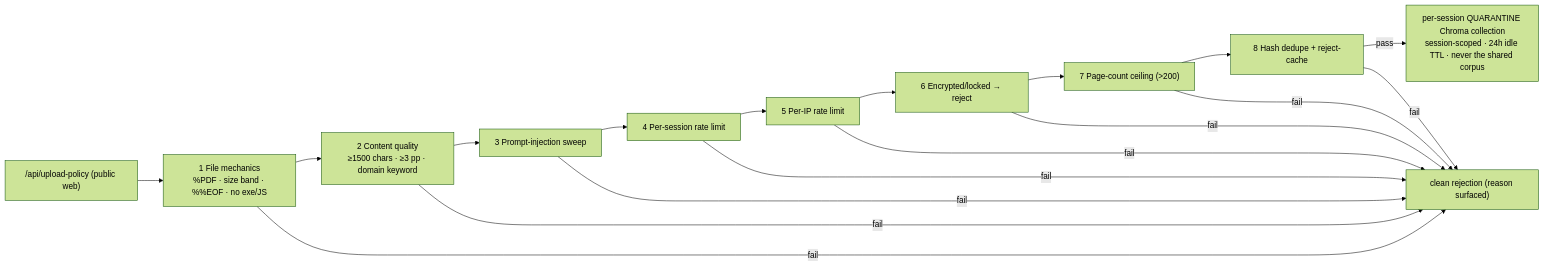
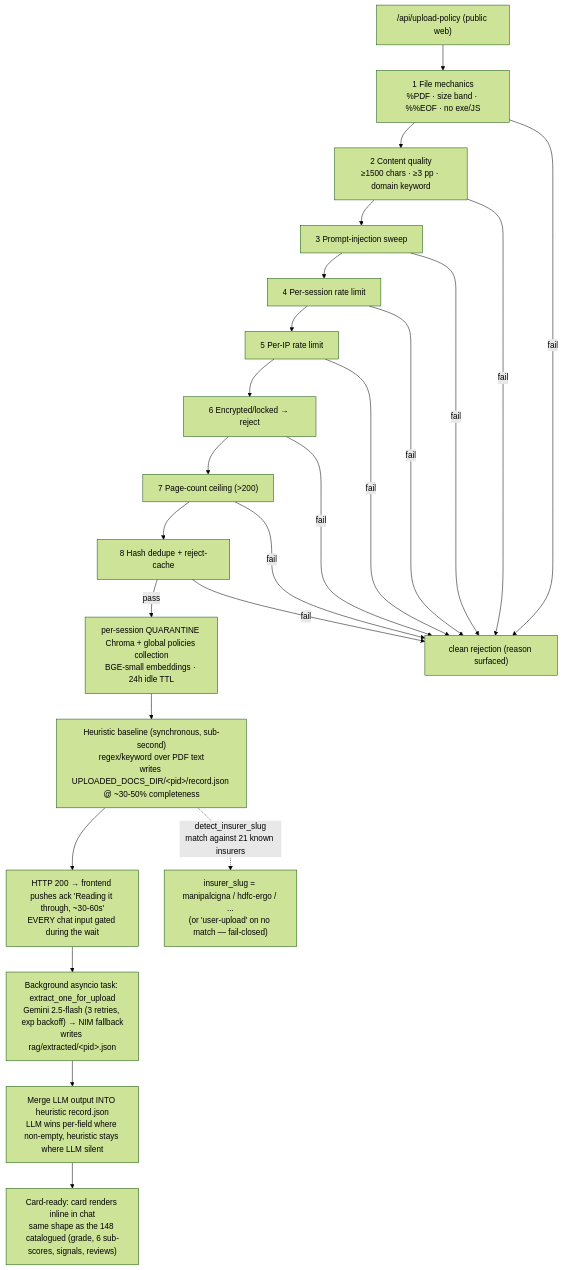
Before and after one commit to rohitsar567/insurance-sales-bot: the ninth of 16 diagrams in README.md, drawn with Mermaid (forest theme). The commit also changed other lines of this file and 2 other files, not shown here.

First line of the commit message:
chore: surface llm_used + llm_response_chars on extraction-status endpoint

````diff
--- a/README.md
+++ b/README.md
@@ -609,13 +609,19 @@
 ```mermaid
-flowchart LR
+flowchart TB
     UP["/api/upload-policy (public web)"] --> G1["1 File mechanics<br/>%PDF · size band · %%EOF · no exe/JS"]
     G1 --> G2["2 Content quality<br/>≥1500 chars · ≥3 pp · domain keyword"]
     G2 --> G3["3 Prompt-injection sweep"]
     G3 --> G4["4 Per-session rate limit"]
     G4 --> G5["5 Per-IP rate limit"]
     G5 --> G6["6 Encrypted/locked → reject"]
     G6 --> G7["7 Page-count ceiling (>200)"]
     G7 --> G8["8 Hash dedupe + reject-cache"]
-    G8 -->|"pass"| QC["per-session QUARANTINE Chroma collection<br/>session-scoped · 24h idle TTL · never the shared corpus"]
+    G8 -->|"pass"| QC["per-session QUARANTINE Chroma + global policies collection<br/>BGE-small embeddings · 24h idle TTL"]
+    QC --> HEUR["Heuristic baseline (synchronous, sub-second)<br/>regex/keyword over PDF text<br/>writes UPLOADED_DOCS_DIR/&lt;pid&gt;/record.json @ ~30-50% completeness"]
+    HEUR --> ACK["HTTP 200 → frontend pushes ack 'Reading it through, ~30-60s'<br/>EVERY chat input gated during the wait"]
+    HEUR -.->|"detect_insurer_slug<br/>match against 21 known insurers"| INS["insurer_slug = manipalcigna / hdfc-ergo / ...<br/>(or 'user-upload' on no match — fail-closed)"]
+    ACK --> LLM["Background asyncio task: extract_one_for_upload<br/>Gemini 2.5-flash (3 retries, exp backoff) → NIM fallback<br/>writes rag/extracted/&lt;pid&gt;.json"]
+    LLM --> MERGE["Merge LLM output INTO heuristic record.json<br/>LLM wins per-field where non-empty, heuristic stays where LLM silent"]
+    MERGE --> CARD["Card-ready: card renders inline in chat<br/>same shape as the 148 catalogued (grade, 6 sub-scores, signals, reviews)"]
     G1 & G2 & G3 & G4 & G5 & G6 & G7 & G8 -->|"fail"| REJ["clean rejection (reason surfaced)"]
 ```
````
